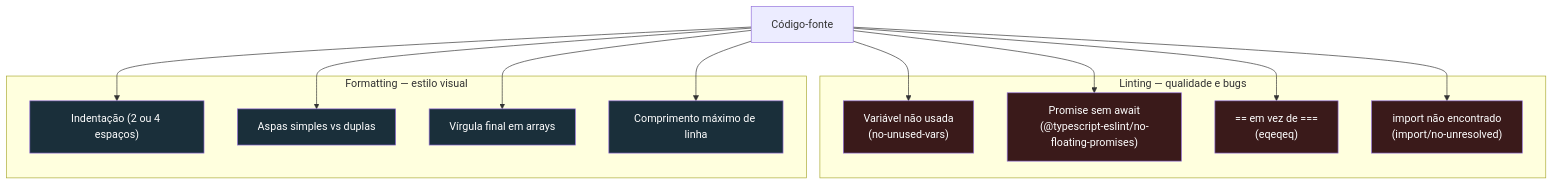
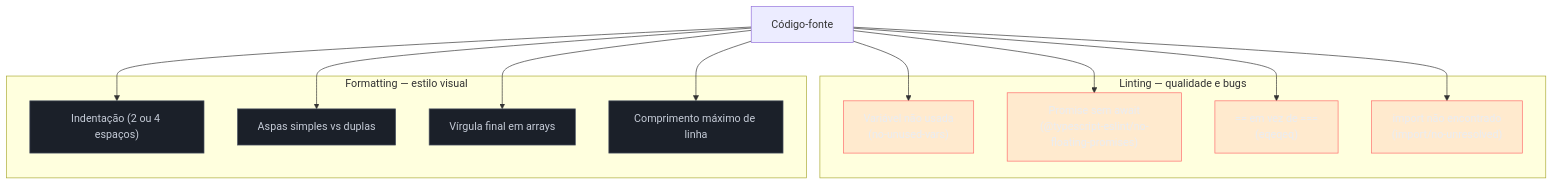
Before and after one commit to josenaldo/codex-technomanticus: the first of 8 diagrams in 03-Dominios/Tecnologia/Tooling e Build/16 - Linting, formatting e git hooks.md, drawn with Mermaid. The commit also changed other lines of this file and 1181 other files, not shown here.

First line of the commit message:
fix(diagramas): paleta do sistema no lugar de cor cravada no markdown

````diff
--- a/03-Dominios/Tecnologia/Tooling e Build/16 - Linting, formatting e git hooks.md
+++ b/03-Dominios/Tecnologia/Tooling e Build/16 - Linting, formatting e git hooks.md
@@ -37,30 +37,32 @@
 ```mermaid
 graph TD
+    classDef falha fill:#FF6B6B24,stroke:#FF6B6B,color:#E9ECF2
+    classDef neutro fill:#1B2029,stroke:#4E5666,color:#C6CCD8
     SRC["Código-fonte"]
 
     subgraph "Linting — qualidade e bugs"
         L1["Variável não usada\n(no-unused-vars)"]
         L2["Promise sem await\n(@typescript-eslint/no-floating-promises)"]
         L3["== em vez de ===\n(eqeqeq)"]
         L4["import não encontrado\n(import/no-unresolved)"]
     end
 
     subgraph "Formatting — estilo visual"
         F1["Indentação (2 ou 4 espaços)"]
         F2["Aspas simples vs duplas"]
         F3["Vírgula final em arrays"]
         F4["Comprimento máximo de linha"]
     end
 
     SRC --> L1 & L2 & L3 & L4
     SRC --> F1 & F2 & F3 & F4
 
-    style L1 fill:#3a1a1a,color:#fff
-    style L2 fill:#3a1a1a,color:#fff
-    style L3 fill:#3a1a1a,color:#fff
-    style L4 fill:#3a1a1a,color:#fff
-    style F1 fill:#1a2f3a,color:#fff
-    style F2 fill:#1a2f3a,color:#fff
-    style F3 fill:#1a2f3a,color:#fff
-    style F4 fill:#1a2f3a,color:#fff
+    class L1 falha
+    class L2 falha
+    class L3 falha
+    class L4 falha
+    class F1 neutro
+    class F2 neutro
+    class F3 neutro
+    class F4 neutro
 ```
````
